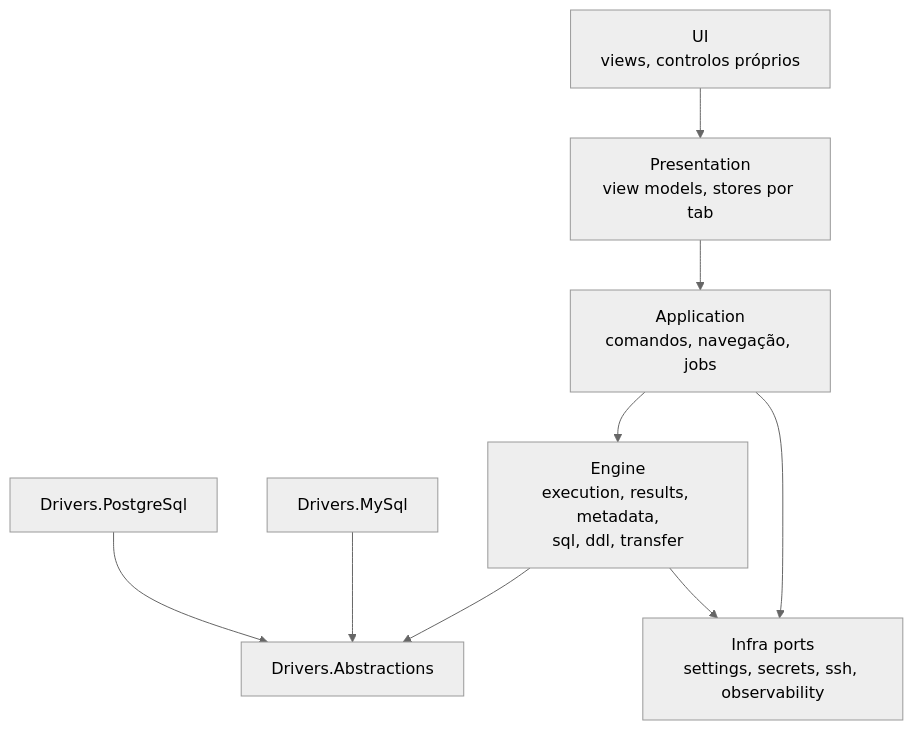
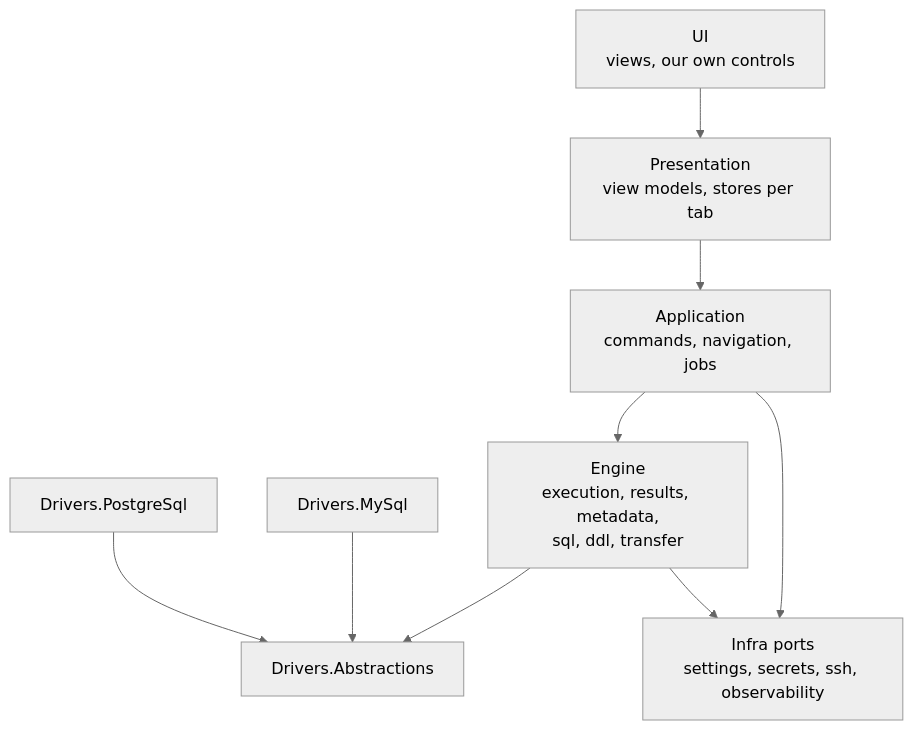
Before and after one commit to JoaoMarcos03/Eunomia: the sixth of 7 diagrams in docs/spec/specification.md, drawn with Mermaid (neutral theme). The commit also changed other lines of this file and 50 other files, not shown here.

````diff
--- a/docs/spec/specification.md
+++ b/docs/spec/specification.md
@@ -1545,11 +1545,11 @@
 ```mermaid
 flowchart TD
-  UI[UI<br/>views, controlos próprios] --> P[Presentation<br/>view models, stores por tab]
-  P --> A[Application<br/>comandos, navegação, jobs]
+  UI[UI<br/>views, our own controls] --> P[Presentation<br/>view models, stores per tab]
+  P --> A[Application<br/>commands, navigation, jobs]
   A --> E[Engine<br/>execution, results, metadata,<br/>sql, ddl, transfer]
   E --> D[Drivers.Abstractions]
   DM[Drivers.MySql] --> D
   DP[Drivers.PostgreSql] --> D
   A --> I[Infra ports<br/>settings, secrets, ssh, observability]
   E --> I
 ```
````
